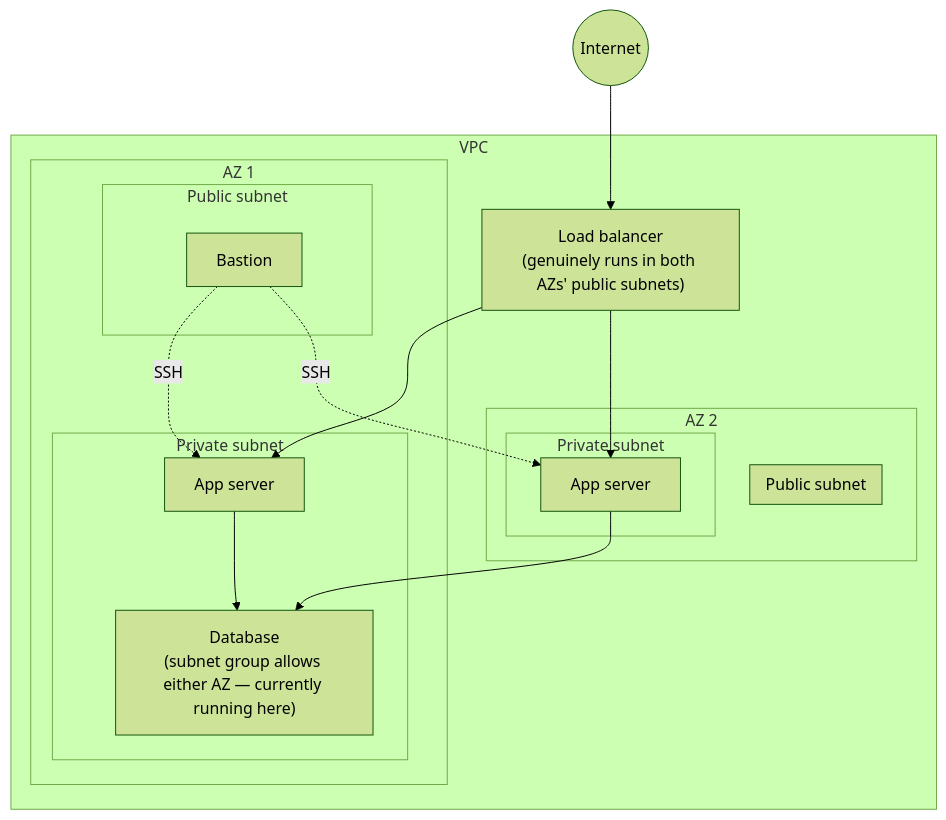
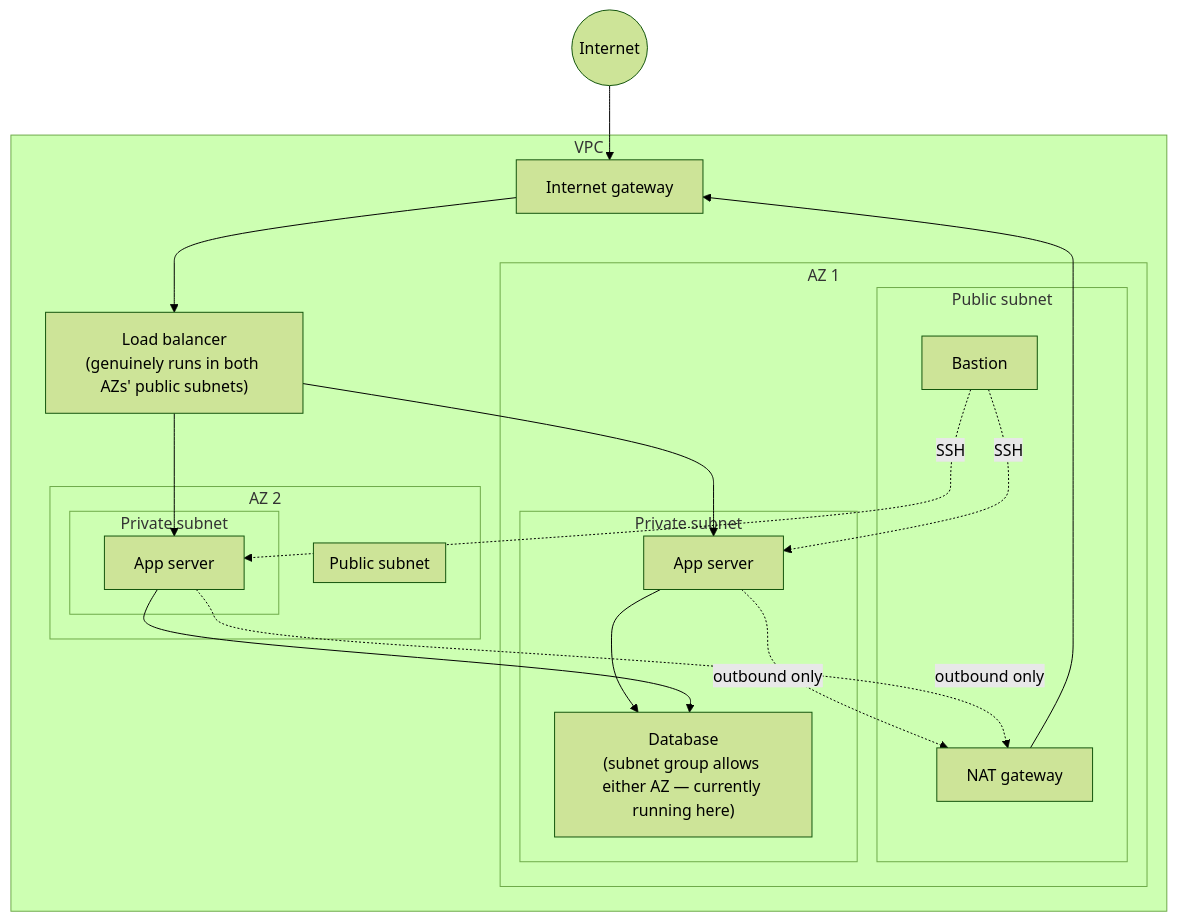
The second of 2 diagrams in README.md (Duna-Devo/Cloud-devops-portfolio), drawn with Mermaid (forest theme) before and after one commit. The commit also changed other lines of this file, not shown here.

Commit message:
Fix Stage 1 diagram

````diff
--- a/README.md
+++ b/README.md
@@ -52,29 +52,35 @@
 ```mermaid
 flowchart TB
-    Internet((Internet)) --> LB["Load balancer<br/>(genuinely runs in both AZs' public subnets)"]
+    Internet((Internet)) --> IGW[Internet gateway]
+    IGW --> LB["Load balancer<br/>(genuinely runs in both AZs' public subnets)"]
     subgraph VPC
         LB
+        IGW
         subgraph AZ1["AZ 1"]
             subgraph Pub1["Public subnet"]
                 Bastion[Bastion]
+                NAT[NAT gateway]
             end
             subgraph Priv1["Private subnet"]
                 App1[App server]
                 DB["Database<br/>(subnet group allows either AZ — currently running here)"]
             end
         end
         subgraph AZ2["AZ 2"]
             subgraph Pub2["Public subnet"]
             end
             subgraph Priv2["Private subnet"]
                 App2[App server]
             end
         end
     end
     LB --> App1
     LB --> App2
     Bastion -.SSH.-> App1
     Bastion -.SSH.-> App2
     App1 --> DB
     App2 --> DB
+    App1 -.outbound only.-> NAT
+    App2 -.outbound only.-> NAT
+    NAT --> IGW
 ```
````
